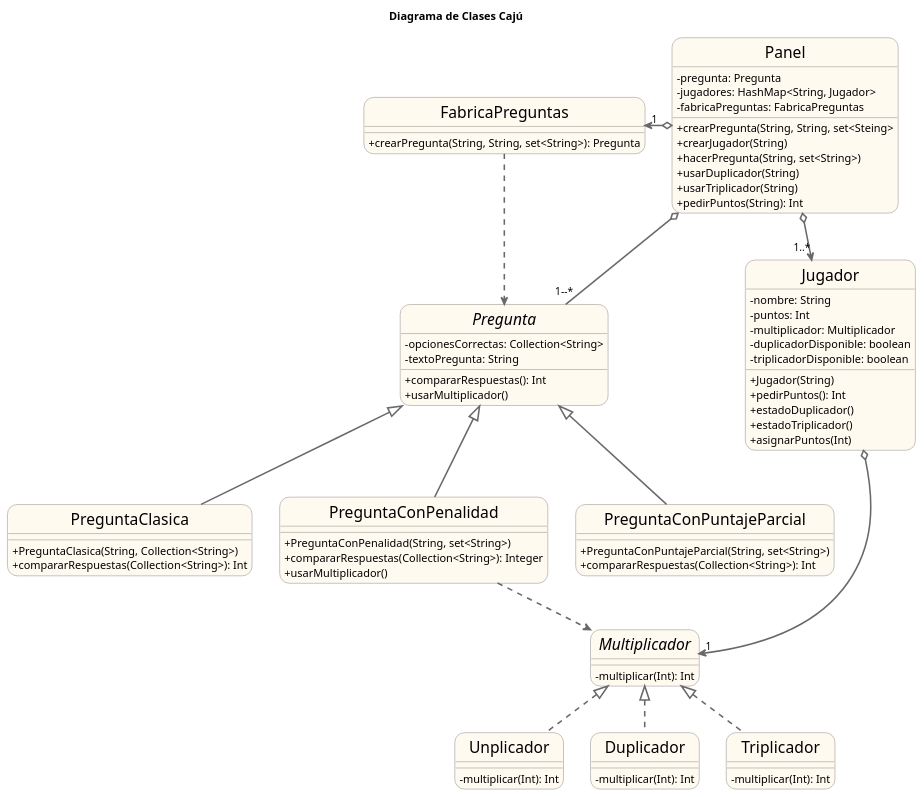
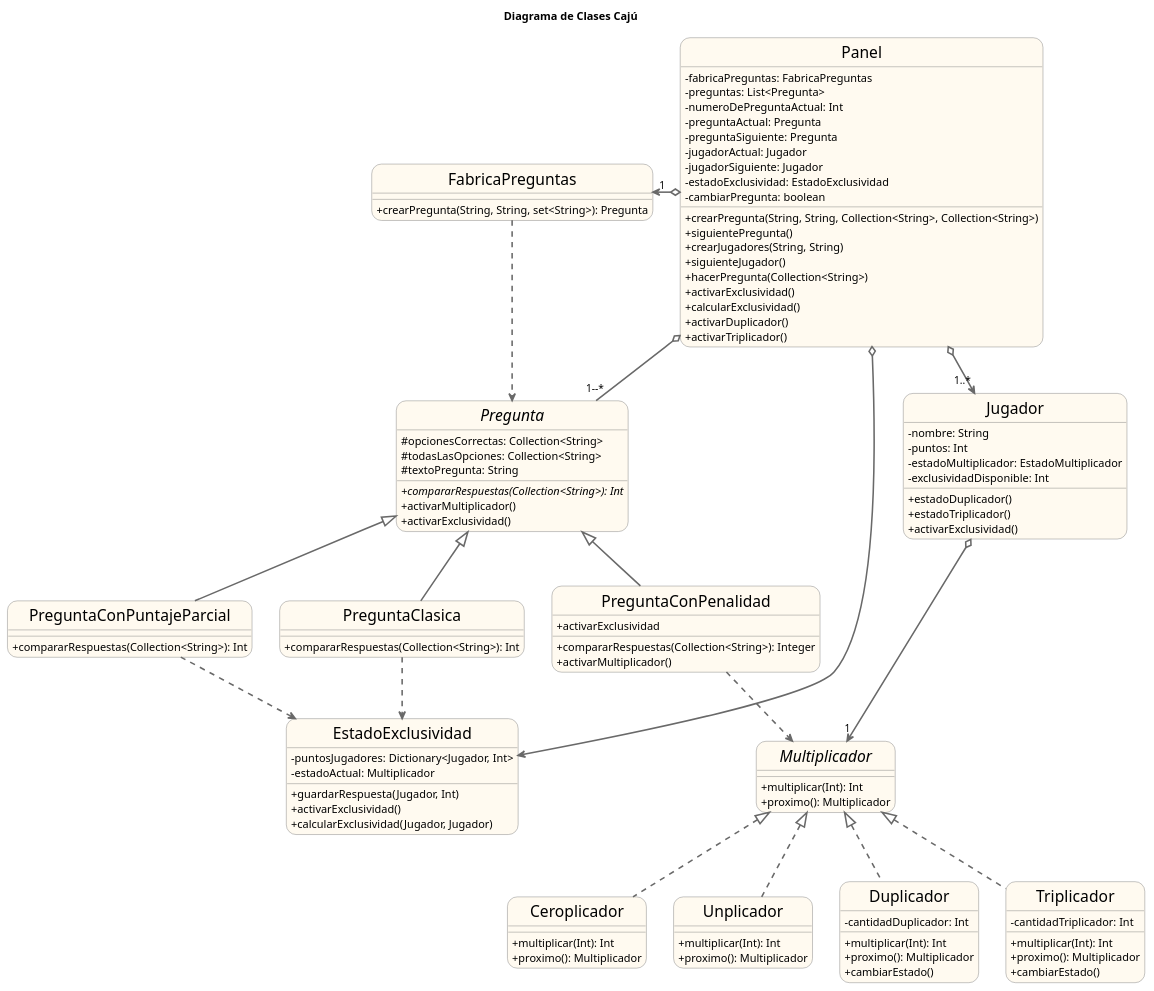
The diagram in UML/Diagrama de clases/DiagramaDeClases.puml (fvazquezf/TP_2_Algo_3), drawn with PlantUML before and after one commit.

Commit message:
Se actualizó el diagrama de clases

```diff
--- a/UML/Diagrama de clases/DiagramaDeClases.puml
+++ b/UML/Diagrama de clases/DiagramaDeClases.puml
@@ -1,98 +1,136 @@
 @startuml TP2
 
 title Diagrama de Clases Cajú
 
 hide circle
 skinparam classAttributeIconSize 0
 skinparam roundcorner 25
 skinparam sequenceArrowThickness 2
 skinparam classFontSize 20
 
 skinparam class {
 BackgroundColor FloralWhite
 ArrowColor DimGray
 BorderColor DimGray
 }
 
 class Panel{
-       - pregunta: Pregunta
-       - jugadores: HashMap<String, Jugador>
        - fabricaPreguntas: FabricaPreguntas
-       + crearPregunta(String, String, set<Steing>
-       + crearJugador(String)
-       + hacerPregunta(String, set<String>)
-       + usarDuplicador(String)
-       + usarTriplicador(String)
-       + pedirPuntos(String): Int
+       - preguntas: List<Pregunta>
+       - numeroDePreguntaActual: Int
+       - preguntaActual: Pregunta
+       - preguntaSiguiente: Pregunta
+       - jugadorActual: Jugador
+       - jugadorSiguiente: Jugador
+       - estadoExclusividad: EstadoExclusividad
+       - cambiarPregunta: boolean
+
+       + crearPregunta(String, String, Collection<String>, Collection<String>)
+       + siguientePregunta()
+       + crearJugadores(String, String)
+       + siguienteJugador()
+       + hacerPregunta(Collection<String>)
+       + activarExclusividad()
+       + calcularExclusividad()
+       + activarDuplicador()
+       + activarTriplicador()
 }
+
+class EstadoExclusividad{
+       - puntosJugadores: Dictionary<Jugador, Int>
+       - estadoActual: Multiplicador
+
+       + guardarRespuesta(Jugador, Int)
+       + activarExclusividad()
+       + calcularExclusividad(Jugador, Jugador)
+}
+
 
 class FabricaPreguntas{
        + crearPregunta(String, String, set<String>): Pregunta
 }
 
 class Jugador{
         - nombre: String
         - puntos: Int
-        - multiplicador: Multiplicador
-        - duplicadorDisponible: boolean
-        - triplicadorDisponible: boolean
-        + Jugador(String)
-        + pedirPuntos(): Int
+        - estadoMultiplicador: EstadoMultiplicador
+        - exclusividadDisponible: Int
+
         + estadoDuplicador()
         + estadoTriplicador()
-        + asignarPuntos(Int)
+        + activarExclusividad()
 }
 
 abstract class Pregunta{
-        - opcionesCorrectas: Collection<String>
-        - textoPregunta: String
-        + compararRespuestas(): Int
-        + usarMultiplicador()
+        # opcionesCorrectas: Collection<String>
+        # todasLasOpciones: Collection<String>
+        # textoPregunta: String
+
+        + {abstract}compararRespuestas(Collection<String>): Int
+        + activarMultiplicador()
+        + activarExclusividad()
 }
 
 class PreguntaClasica{
-        + PreguntaClasica(String, Collection<String>)
         + compararRespuestas(Collection<String>): Int
 }
 
 class PreguntaConPenalidad{
-        + PreguntaConPenalidad(String, set<String>)
         + compararRespuestas(Collection<String>): Integer
-        + usarMultiplicador()
+        + activarMultiplicador()
+        + activarExclusividad
 }
 
 class PreguntaConPuntajeParcial{
-        + PreguntaConPuntajeParcial(String, set<String>)
         + compararRespuestas(Collection<String>): Int
 }
 
 interface Multiplicador{
-        - multiplicar(Int): Int
+        + multiplicar(Int): Int
+        + proximo(): Multiplicador
+}
+
+class Ceroplicador{
+        + multiplicar(Int): Int
+        + proximo(): Multiplicador
 }
 
 class Unplicador{
-        - multiplicar(Int): Int
+        + multiplicar(Int): Int
+        + proximo(): Multiplicador
 }
 
 class Duplicador{
-        - multiplicar(Int): Int
+        - cantidadDuplicador: Int
+
+        + multiplicar(Int): Int
+        + proximo(): Multiplicador
+        + cambiarEstado()
 }
 
 class Triplicador{
-        - multiplicar(Int): Int
+        - cantidadTriplicador: Int
+
+        + multiplicar(Int): Int
+        + proximo(): Multiplicador
+        + cambiarEstado()
 }
 
 Panel o-->"1..*" Jugador
 Panel o--"1--*" Pregunta
 Panel o-left->"1" FabricaPreguntas
+Panel o--> EstadoExclusividad
 FabricaPreguntas ..> Pregunta
 PreguntaClasica -up-|> Pregunta
 PreguntaConPenalidad -up-|> Pregunta
 PreguntaConPuntajeParcial -up-|> Pregunta
+Ceroplicador .up.|> Multiplicador
 Unplicador .up.|> Multiplicador
 Duplicador .up.|> Multiplicador
 Triplicador .up.|> Multiplicador
 Jugador o-->"1" Multiplicador
 PreguntaConPenalidad ..> Multiplicador
+PreguntaClasica ..> EstadoExclusividad
+PreguntaConPuntajeParcial ..> EstadoExclusividad
 
 @enduml
```
